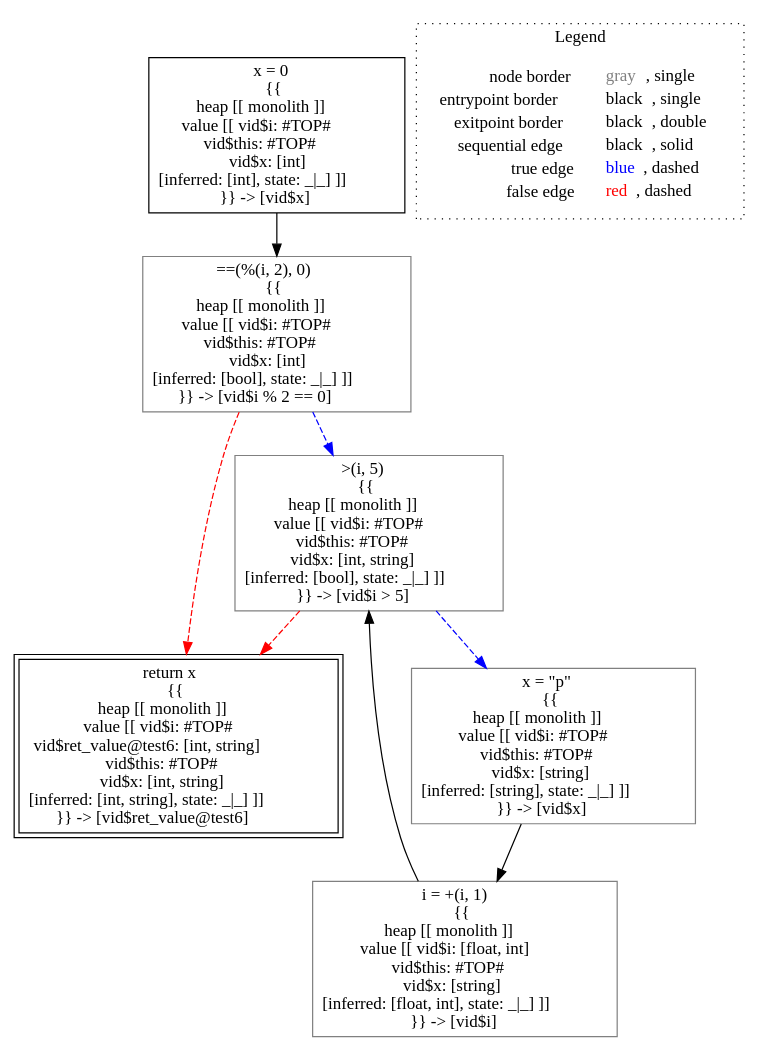
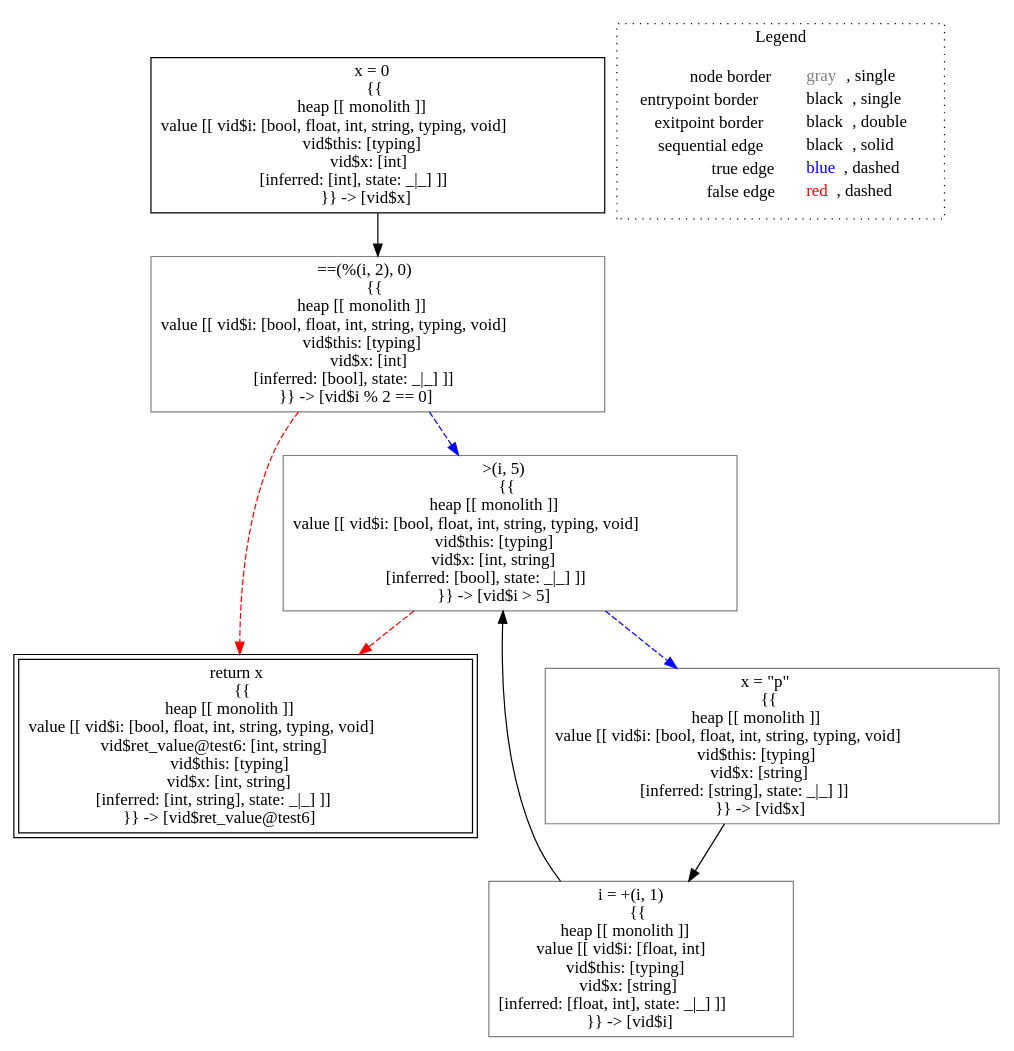
One commit to lisa-analyzer/lisa changed the diagram in lisa/imp-testcases/type-inference/typing___untyped_typing.test6(typing_this,_untyped_i).dot. Above: the diagram before and after it, drawn with Graphviz. The commit also changed 5 other files, not shown here.

Commit message:
refactored typing test cases

```diff
--- a/lisa/imp-testcases/type-inference/typing___untyped_typing.test6(typing_this,_untyped_i).dot
+++ b/lisa/imp-testcases/type-inference/typing___untyped_typing.test6(typing_this,_untyped_i).dot
@@ -1,22 +1,22 @@
 digraph {
-	"node0" [shape="rect",color="black",label=<x = 0<BR/>{{<BR/>heap [[ monolith ]]<BR/>value [[ vid$i: #TOP#<BR/>vid$this: #TOP#<BR/>vid$x: [int]<BR/>[inferred: [int], state: _|_] ]]<BR/>}} -&gt; [vid$x]>];
-	"node1" [shape="rect",color="black",peripheries="2",label=<return x<BR/>{{<BR/>heap [[ monolith ]]<BR/>value [[ vid$i: #TOP#<BR/>vid$ret_value@test6: [int, string]<BR/>vid$this: #TOP#<BR/>vid$x: [int, string]<BR/>[inferred: [int, string], state: _|_] ]]<BR/>}} -&gt; [vid$ret_value@test6]>];
-	"node2" [shape="rect",color="gray",label=<i = +(i, 1)<BR/>{{<BR/>heap [[ monolith ]]<BR/>value [[ vid$i: [float, int]<BR/>vid$this: #TOP#<BR/>vid$x: [string]<BR/>[inferred: [float, int], state: _|_] ]]<BR/>}} -&gt; [vid$i]>];
-	"node3" [shape="rect",color="gray",label=<==(%(i, 2), 0)<BR/>{{<BR/>heap [[ monolith ]]<BR/>value [[ vid$i: #TOP#<BR/>vid$this: #TOP#<BR/>vid$x: [int]<BR/>[inferred: [bool], state: _|_] ]]<BR/>}} -&gt; [vid$i % 2 == 0]>];
-	"node4" [shape="rect",color="gray",label=<&gt;(i, 5)<BR/>{{<BR/>heap [[ monolith ]]<BR/>value [[ vid$i: #TOP#<BR/>vid$this: #TOP#<BR/>vid$x: [int, string]<BR/>[inferred: [bool], state: _|_] ]]<BR/>}} -&gt; [vid$i &gt; 5]>];
-	"node5" [shape="rect",color="gray",label=<x = &quot;p&quot;<BR/>{{<BR/>heap [[ monolith ]]<BR/>value [[ vid$i: #TOP#<BR/>vid$this: #TOP#<BR/>vid$x: [string]<BR/>[inferred: [string], state: _|_] ]]<BR/>}} -&gt; [vid$x]>];
-	"node2" -> "node4" [color="black"];
-	"node3" -> "node1" [color="red",style="dashed"];
-	"node3" -> "node4" [color="blue",style="dashed"];
-	"node4" -> "node1" [color="red",style="dashed"];
+	"node0" [shape="rect",color="black",label=<x = 0<BR/>{{<BR/>heap [[ monolith ]]<BR/>value [[ vid$i: [bool, float, int, string, typing, void]<BR/>vid$this: [typing]<BR/>vid$x: [int]<BR/>[inferred: [int], state: _|_] ]]<BR/>}} -&gt; [vid$x]>];
+	"node1" [shape="rect",color="gray",label=<x = &quot;p&quot;<BR/>{{<BR/>heap [[ monolith ]]<BR/>value [[ vid$i: [bool, float, int, string, typing, void]<BR/>vid$this: [typing]<BR/>vid$x: [string]<BR/>[inferred: [string], state: _|_] ]]<BR/>}} -&gt; [vid$x]>];
+	"node2" [shape="rect",color="black",peripheries="2",label=<return x<BR/>{{<BR/>heap [[ monolith ]]<BR/>value [[ vid$i: [bool, float, int, string, typing, void]<BR/>vid$ret_value@test6: [int, string]<BR/>vid$this: [typing]<BR/>vid$x: [int, string]<BR/>[inferred: [int, string], state: _|_] ]]<BR/>}} -&gt; [vid$ret_value@test6]>];
+	"node3" [shape="rect",color="gray",label=<i = +(i, 1)<BR/>{{<BR/>heap [[ monolith ]]<BR/>value [[ vid$i: [float, int]<BR/>vid$this: [typing]<BR/>vid$x: [string]<BR/>[inferred: [float, int], state: _|_] ]]<BR/>}} -&gt; [vid$i]>];
+	"node4" [shape="rect",color="gray",label=<==(%(i, 2), 0)<BR/>{{<BR/>heap [[ monolith ]]<BR/>value [[ vid$i: [bool, float, int, string, typing, void]<BR/>vid$this: [typing]<BR/>vid$x: [int]<BR/>[inferred: [bool], state: _|_] ]]<BR/>}} -&gt; [vid$i % 2 == 0]>];
+	"node5" [shape="rect",color="gray",label=<&gt;(i, 5)<BR/>{{<BR/>heap [[ monolith ]]<BR/>value [[ vid$i: [bool, float, int, string, typing, void]<BR/>vid$this: [typing]<BR/>vid$x: [int, string]<BR/>[inferred: [bool], state: _|_] ]]<BR/>}} -&gt; [vid$i &gt; 5]>];
+	"node0" -> "node4" [color="black"];
+	"node1" -> "node3" [color="black"];
+	"node3" -> "node5" [color="black"];
+	"node4" -> "node2" [color="red",style="dashed"];
 	"node4" -> "node5" [color="blue",style="dashed"];
-	"node0" -> "node3" [color="black"];
-	"node5" -> "node2" [color="black"];
+	"node5" -> "node1" [color="blue",style="dashed"];
+	"node5" -> "node2" [color="red",style="dashed"];
 subgraph cluster_legend {
 	label="Legend";
 	style=dotted;
 	node [shape=plaintext];
 	"legend" [label=<<table border="0" cellpadding="2" cellspacing="0" cellborder="0"><tr><td align="right">node border&nbsp;</td><td align="left"><font color="gray">gray</font>, single</td></tr><tr><td align="right">entrypoint border&nbsp;</td><td align="left"><font color="black">black</font>, single</td></tr><tr><td align="right">exitpoint border&nbsp;</td><td align="left"><font color="black">black</font>, double</td></tr><tr><td align="right">sequential edge&nbsp;</td><td align="left"><font color="black">black</font>, solid</td></tr><tr><td align="right">true edge&nbsp;</td><td align="left"><font color="blue">blue</font>, dashed</td></tr><tr><td align="right">false edge&nbsp;</td><td align="left"><font color="red">red</font>, dashed</td></tr></table>>];
 }
 
 }
```
